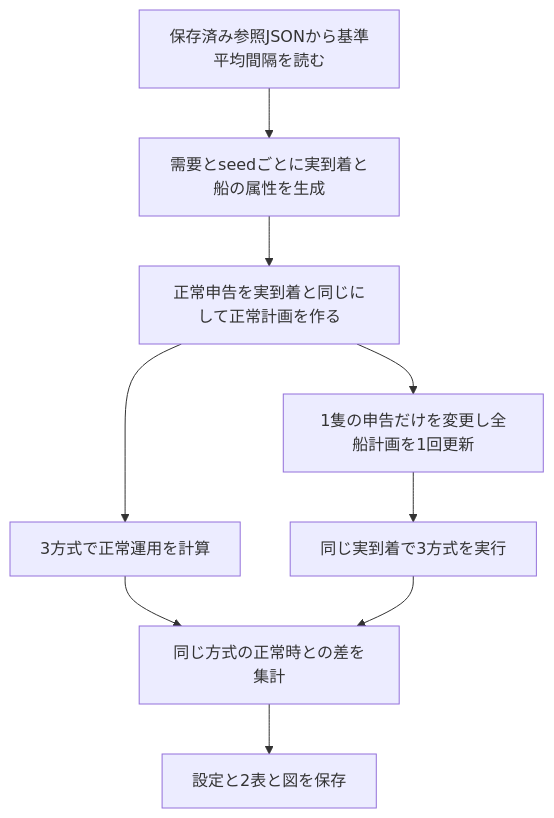
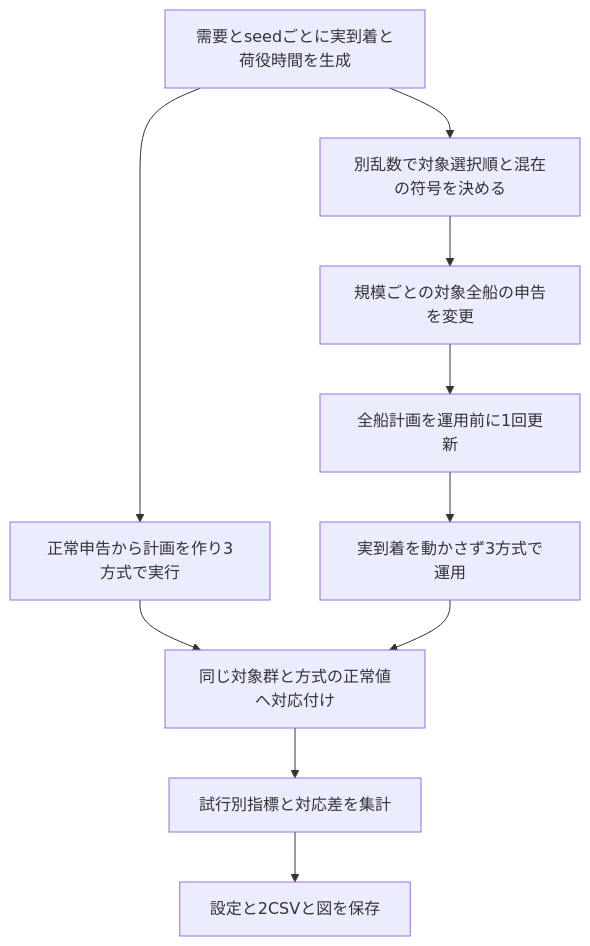
Before and after one commit to ryusukeke/thesis: the diagram in docs/実装説明.md, drawn with Mermaid. The commit also changed other lines of this file and 7 other files, not shown here.

````diff
--- a/docs/実装説明.md
+++ b/docs/実装説明.md
@@ -9,11 +9,12 @@
 ```mermaid
 flowchart TD
-    A[保存済み参照JSONから基準平均間隔を読む] --> B[需要とseedごとに実到着と船の属性を生成]
-    B --> C[正常申告を実到着と同じにして正常計画を作る]
-    C --> D[3方式で正常運用を計算]
-    C --> E[1隻の申告だけを変更し全船計画を1回更新]
-    E --> F[同じ実到着で3方式を実行]
-    D --> G[同じ方式の正常時との差を集計]
+    A[需要とseedごとに実到着と荷役時間を生成] --> B[正常申告から計画を作り3方式で実行]
+    A --> C[別乱数で対象選択順と混在の符号を決める]
+    C --> D[規模ごとの対象全船の申告を変更]
+    D --> E[全船計画を運用前に1回更新]
+    E --> F[実到着を動かさず3方式で運用]
+    B --> G[同じ対象群と方式の正常値へ対応付け]
     F --> G
-    G --> H[設定と2表と図を保存]
+    G --> H[試行別指標と対応差を集計]
+    H --> I[設定と2CSVと図を保存]
 ```
````
